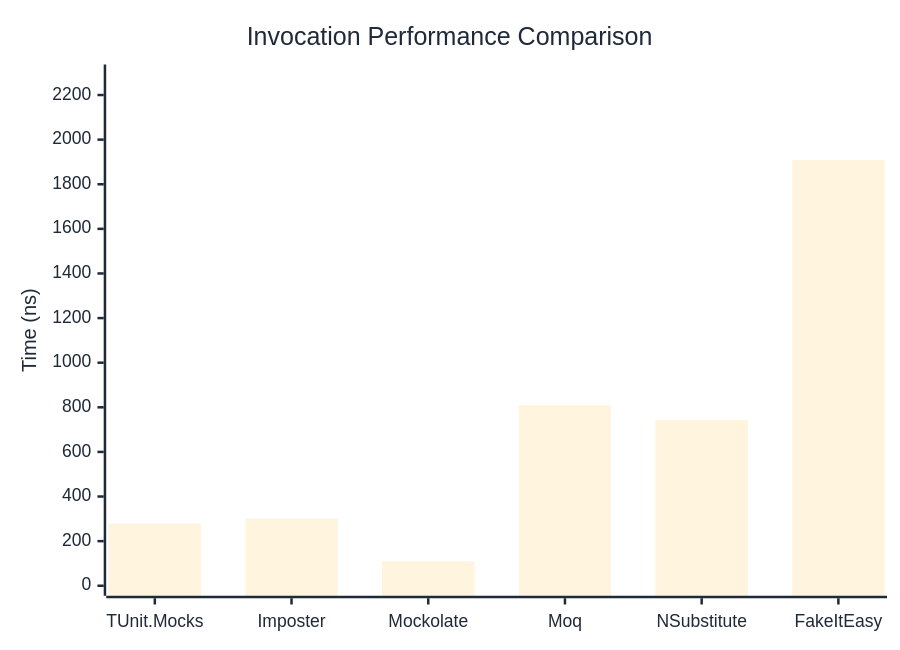
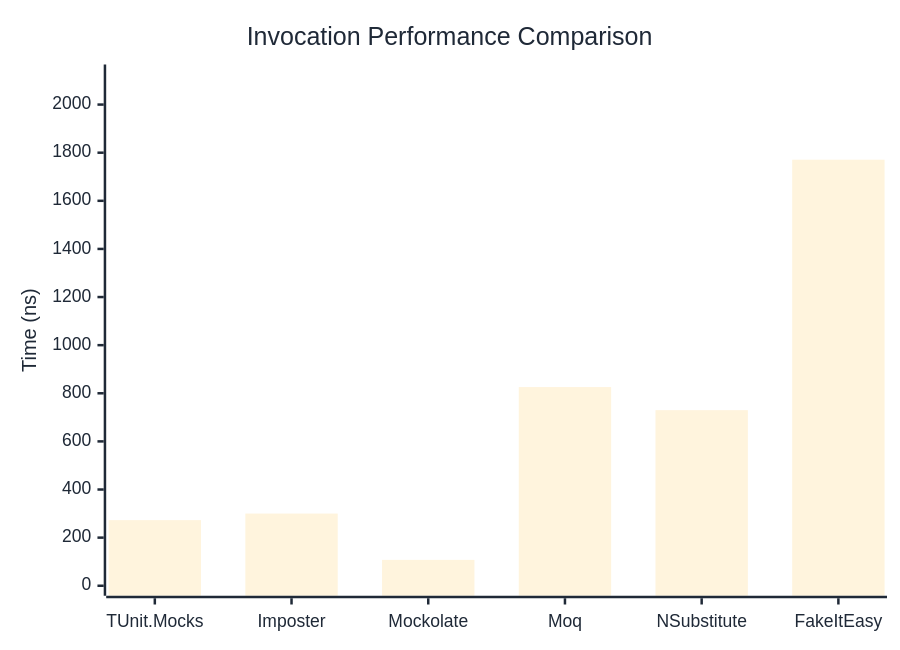
One commit to thomhurst/TUnit changed the first of 3 diagrams in docs/docs/benchmarks/mocks/Invocation.md. Above: the diagram before and after it, drawn with Mermaid. The commit also changed other lines of this file and 14 other files, not shown here.

````diff
--- a/docs/docs/benchmarks/mocks/Invocation.md
+++ b/docs/docs/benchmarks/mocks/Invocation.md
@@ -30,27 +30,27 @@
 ```mermaid
 %%{init: {
   'theme':'base',
   'themeVariables': {
     'primaryColor': '#2563eb',
     'primaryTextColor': '#1f2937',
     'primaryBorderColor': '#1e40af',
     'lineColor': '#6b7280',
     'secondaryColor': '#7c3aed',
     'tertiaryColor': '#dc2626',
     'background': '#ffffff',
     'pie1': '#2563eb',
     'pie2': '#7c3aed',
     'pie3': '#dc2626',
     'pie4': '#f59e0b',
     'pie5': '#10b981',
     'pie6': '#06b6d4',
     'pie7': '#ec4899',
     'pie8': '#6366f1'
   }
 }}%%
 xychart-beta
   title "Invocation Performance Comparison"
   x-axis ["TUnit.Mocks", "Imposter", "Mockolate", "Moq", "NSubstitute", "FakeItEasy"]
-  y-axis "Time (ns)" 0 --> 2292
-  bar [278.6, 301, 109.5, 809.9, 743.6, 1909.3]
+  y-axis "Time (ns)" 0 --> 2125
+  bar [272.78, 300.07, 107.55, 825.75, 729.8, 1770.83]
 ```
````
